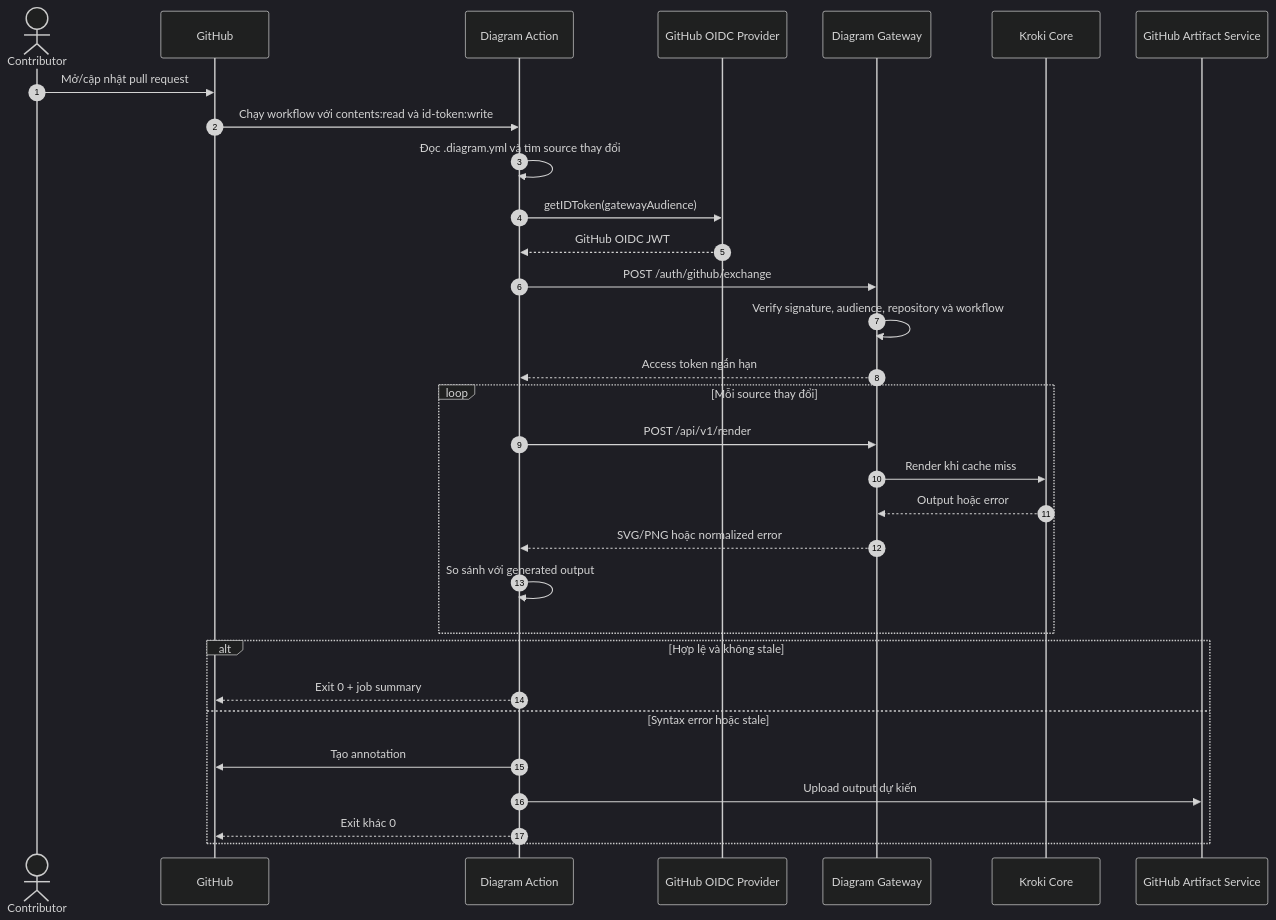
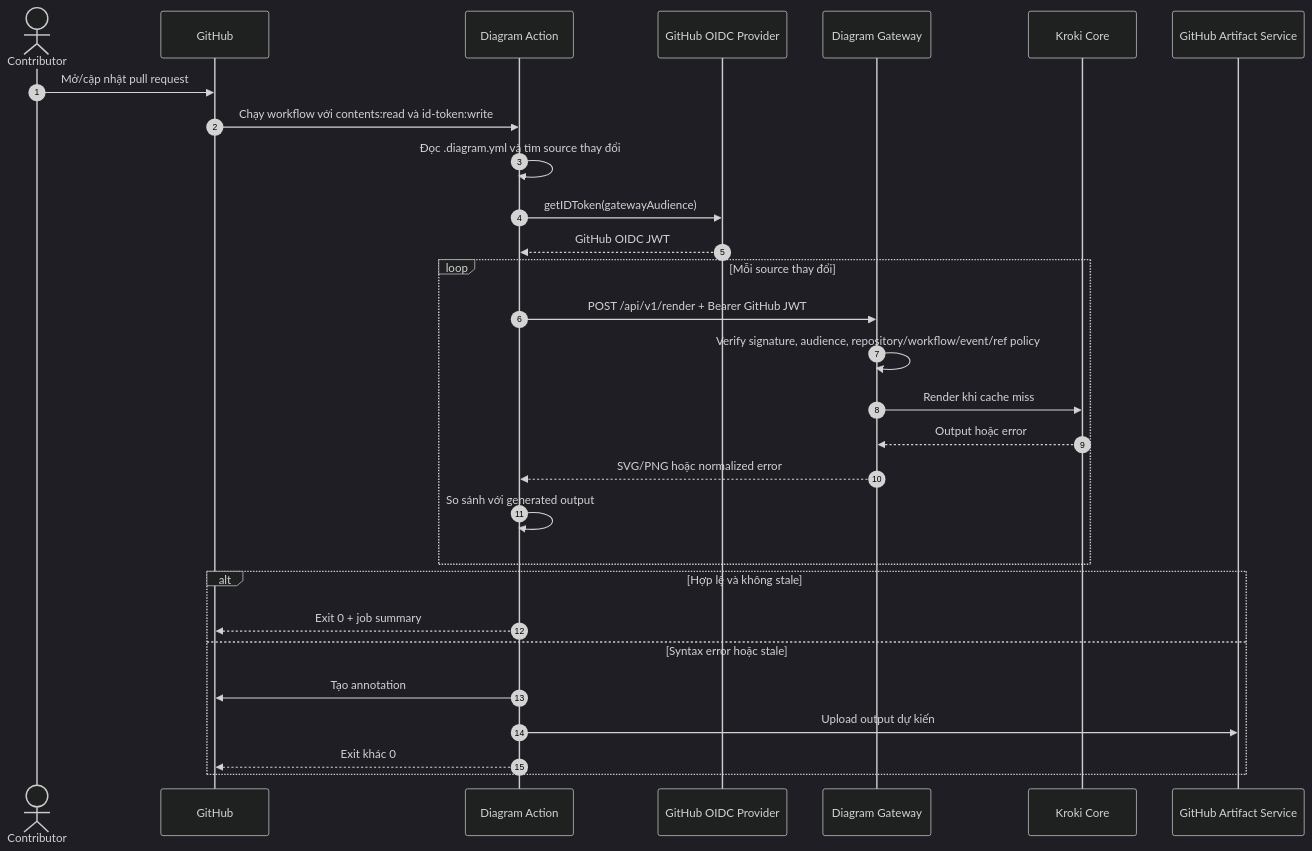
The ninth of 11 diagrams in docs/SDD.md (hnamkk/MyKroki), drawn with Mermaid (dark theme) before and after one commit. The commit also changed other lines of this file and 34 other files, not shown here.

````diff
--- a/docs/SDD.md
+++ b/docs/SDD.md
@@ -566,34 +565,32 @@
 ```mermaid
 sequenceDiagram
     autonumber
     actor Contributor
     participant GH as GitHub
     participant Action as Diagram Action
     participant OIDC as GitHub OIDC Provider
     participant GW as Diagram Gateway
     participant Kroki as Kroki Core
     participant Artifact as GitHub Artifact Service
 
     Contributor->>GH: Mở/cập nhật pull request
     GH->>Action: Chạy workflow với contents:read và id-token:write
     Action->>Action: Đọc .diagram.yml và tìm source thay đổi
     Action->>OIDC: getIDToken(gatewayAudience)
     OIDC-->>Action: GitHub OIDC JWT
-    Action->>GW: POST /auth/github/exchange
-    GW->>GW: Verify signature, audience, repository và workflow
-    GW-->>Action: Access token ngắn hạn
     loop Mỗi source thay đổi
-        Action->>GW: POST /api/v1/render
+        Action->>GW: POST /api/v1/render + Bearer GitHub JWT
+        GW->>GW: Verify signature, audience, repository/workflow/event/ref policy
         GW->>Kroki: Render khi cache miss
         Kroki-->>GW: Output hoặc error
         GW-->>Action: SVG/PNG hoặc normalized error
         Action->>Action: So sánh với generated output
     end
     alt Hợp lệ và không stale
         Action-->>GH: Exit 0 + job summary
     else Syntax error hoặc stale
         Action->>GH: Tạo annotation
         Action->>Artifact: Upload output dự kiến
         Action-->>GH: Exit khác 0
     end
 ```
````
